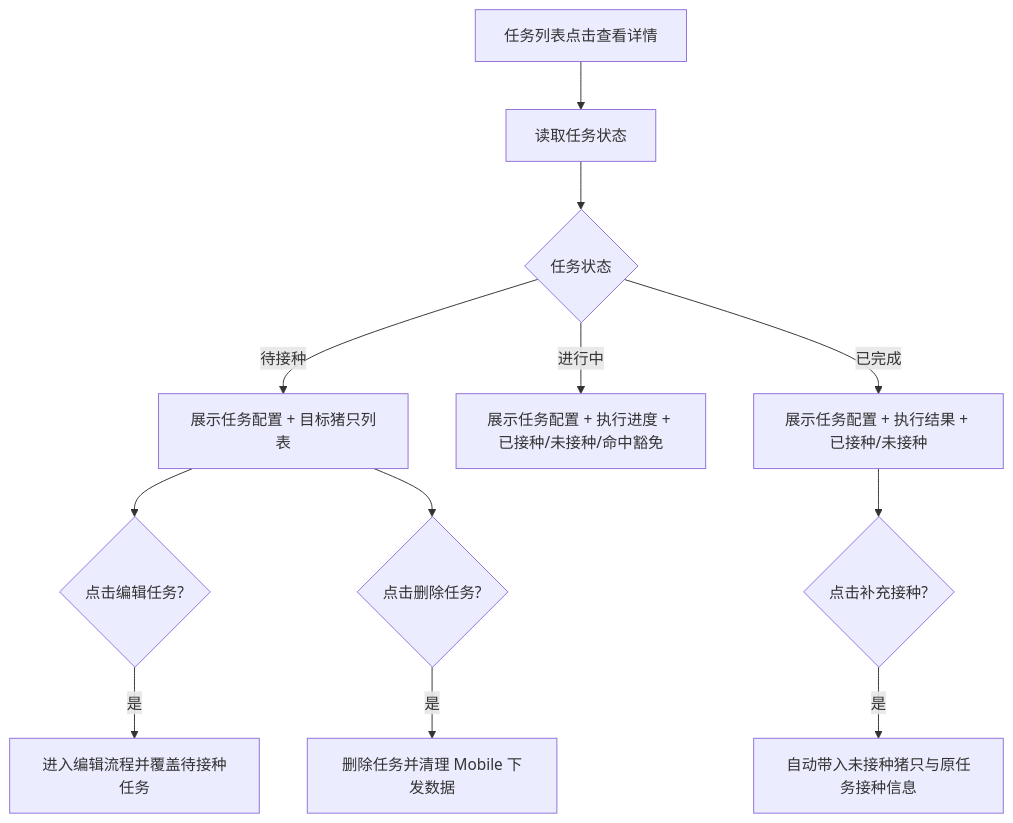
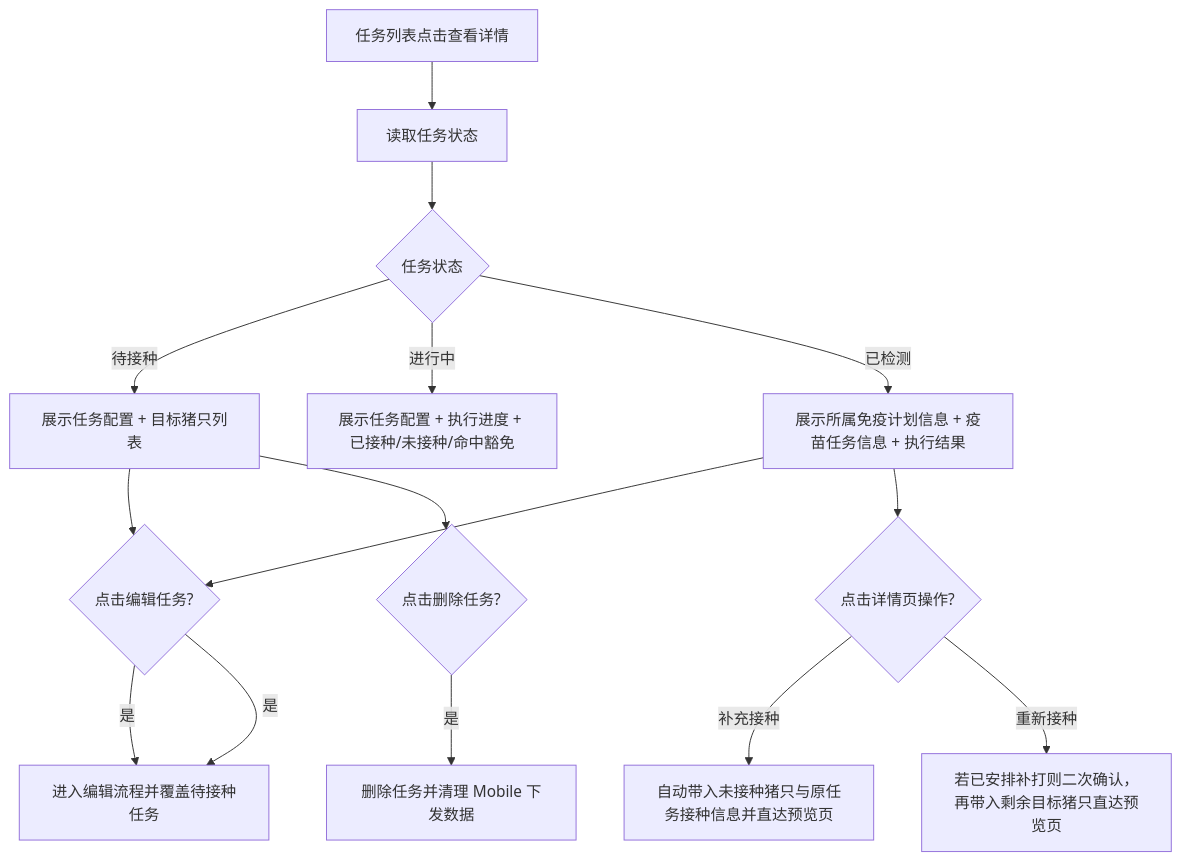
One commit to 91Dhua/Vaccine changed the first of 2 diagrams in prds/vaccine prd/07-Console接种任务详情.md. Above: the diagram before and after it, drawn with Mermaid. The commit also changed other lines of this file and 21 other files, not shown here.

Commit message:
Add review sampling flow and refine task detail navigation

````diff
--- a/prds/vaccine prd/07-Console接种任务详情.md
+++ b/prds/vaccine prd/07-Console接种任务详情.md
@@ -39,14 +39,17 @@
 ```mermaid
 flowchart TD
   A[任务列表点击查看详情] --> B[读取任务状态]
   B --> C{任务状态}
   C -->|待接种| D[展示任务配置 + 目标猪只列表]
   C -->|进行中| E[展示任务配置 + 执行进度 + 已接种/未接种/命中豁免]
-  C -->|已完成| F[展示任务配置 + 执行结果 + 已接种/未接种]
+  C -->|已检测| F[展示所属免疫计划信息 + 疫苗任务信息 + 执行结果]
+  F --> G{实验室是否已提交复核结果}
+  G -->|是| H[展示免疫复核结果并决定后续操作]
   D --> G{点击编辑任务?}
   G -->|是| H[进入编辑流程并覆盖待接种任务]
   D --> I{点击删除任务?}
   I -->|是| J[删除任务并清理 Mobile 下发数据]
-  F --> K{点击补充接种?}
-  K -->|是| L[自动带入未接种猪只与原任务接种信息]
+  F --> K{点击详情页操作?}
+  K -->|补充接种| L[自动带入未接种猪只与原任务接种信息并直达预览页]
+  K -->|重新接种| M[若已安排补打则二次确认，再带入剩余目标猪只直达预览页]
 ```
````
